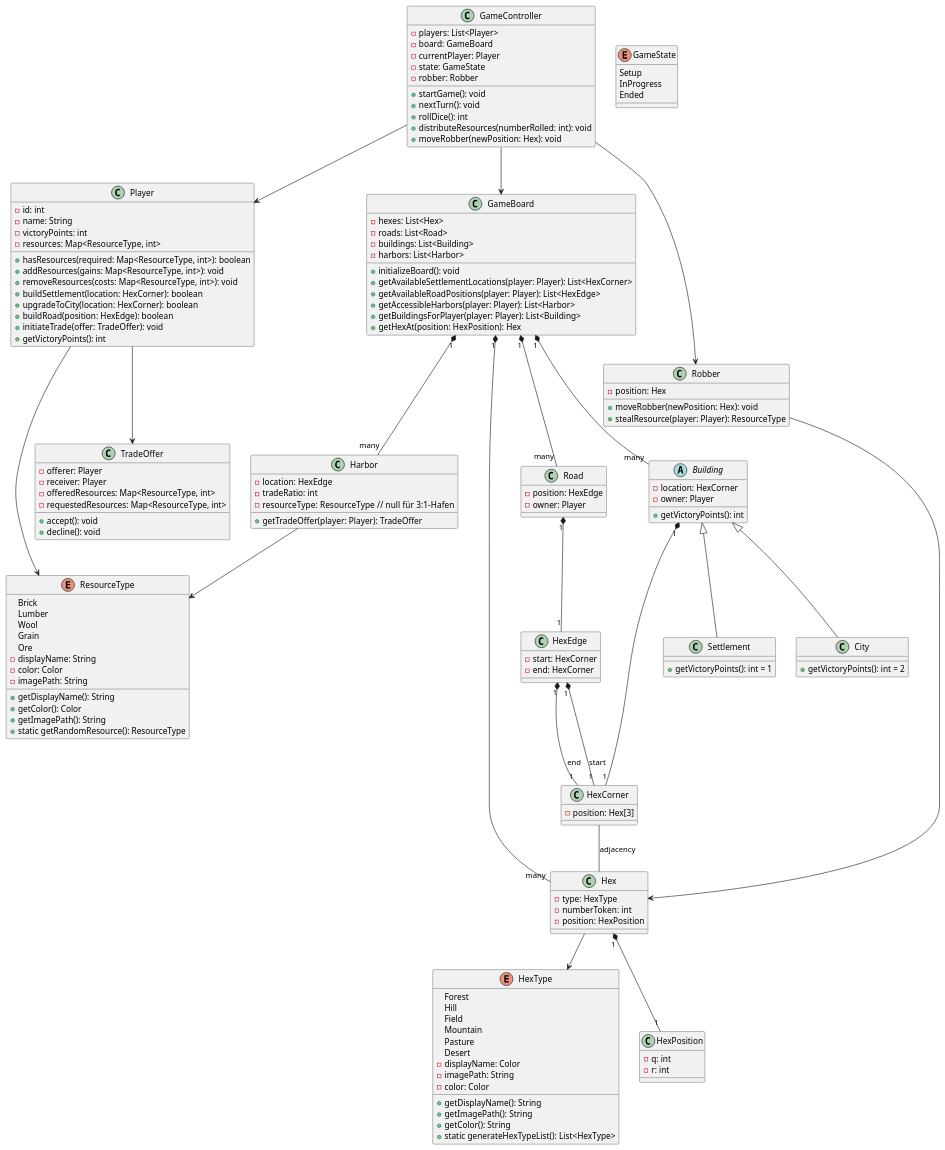
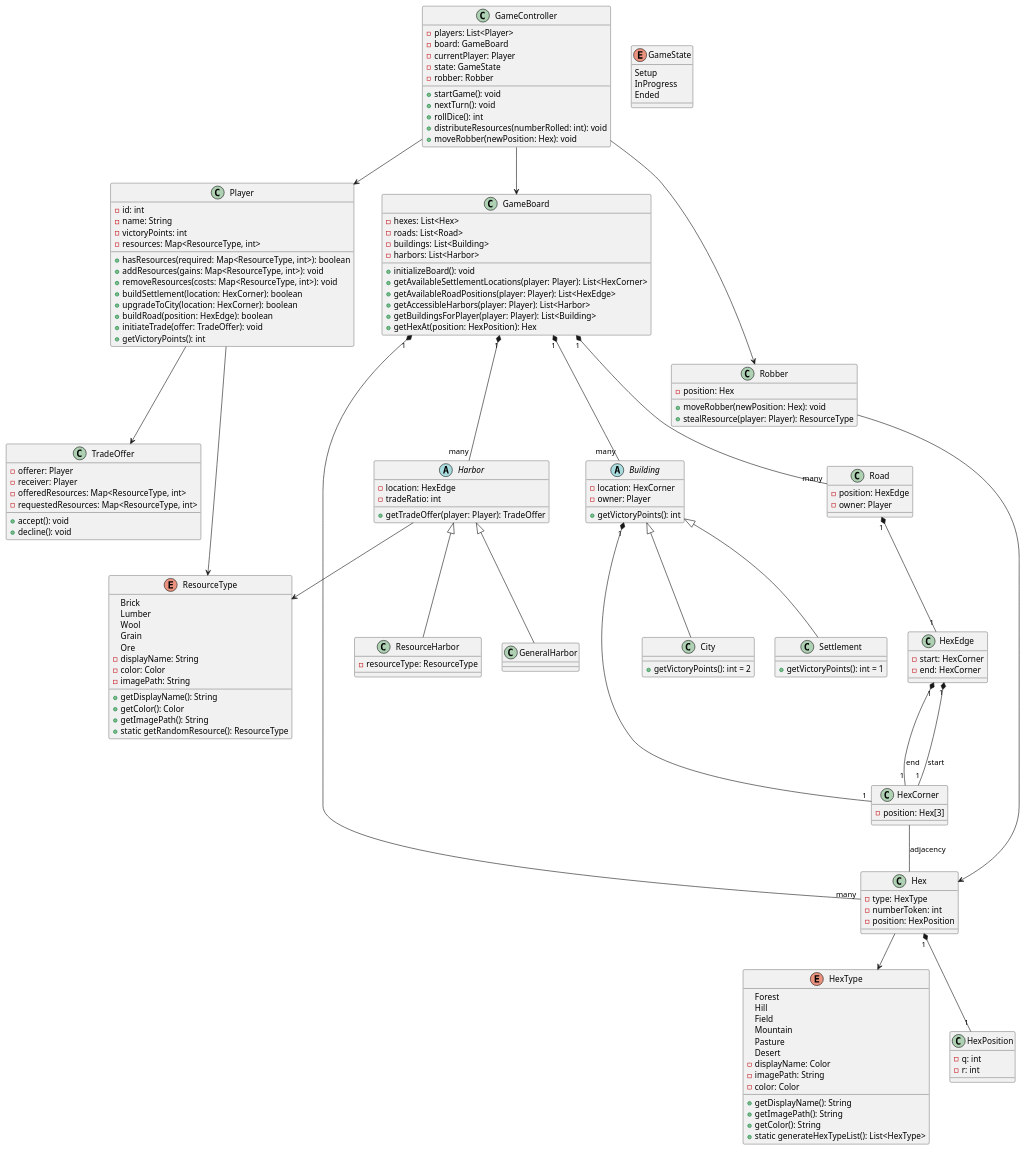
One commit to MrJonix/theSettlersOfJava changed the diagram in architecture_overview.wsd. Above: the diagram before and after it, drawn with PlantUML. The commit also changed 2 other files, not shown here.

Commit message:
change plantuml diagramm and add pulgin to pom.xml for native generation

```diff
--- a/architecture_overview.wsd
+++ b/architecture_overview.wsd
@@ -1,165 +1,170 @@
 @startuml
 
 ' Spieler-Klasse
 class Player {
   - id: int
   - name: String
   - victoryPoints: int
   - resources: Map<ResourceType, int>
   + hasResources(required: Map<ResourceType, int>): boolean
   + addResources(gains: Map<ResourceType, int>): void
   + removeResources(costs: Map<ResourceType, int>): void
   + buildSettlement(location: HexCorner): boolean
   + upgradeToCity(location: HexCorner): boolean
   + buildRoad(position: HexEdge): boolean
   + initiateTrade(offer: TradeOffer): void
   + getVictoryPoints(): int 
 }
 
 class TradeOffer {
   - offerer: Player
   - receiver: Player
   - offeredResources: Map<ResourceType, int>
   - requestedResources: Map<ResourceType, int>
   + accept(): void
   + decline(): void
 }
 
 class GameBoard {
   - hexes: List<Hex>
   - roads: List<Road>
   - buildings: List<Building>
   - harbors: List<Harbor>
   + initializeBoard(): void
   + getAvailableSettlementLocations(player: Player): List<HexCorner>
   + getAvailableRoadPositions(player: Player): List<HexEdge>
   + getAccessibleHarbors(player: Player): List<Harbor>
   + getBuildingsForPlayer(player: Player): List<Building>
   + getHexAt(position: HexPosition): Hex
 }
 
 class Hex {
   - type: HexType
   - numberToken: int
   - position: HexPosition
 }
 
 class HexEdge {
   - start: HexCorner
   - end: HexCorner
 }
 
 class Road {
   - position: HexEdge
   - owner: Player
 }
 
 abstract class Building {
   - location: HexCorner
   - owner: Player
   + getVictoryPoints(): int
 }
 
 class Settlement extends Building {
   + getVictoryPoints(): int = 1
 }
 
 class City extends Building {
   + getVictoryPoints(): int = 2
 }
 
 enum GameState {
   Setup
   InProgress
   Ended
 }
 
 class GameController {
   - players: List<Player>
   - board: GameBoard
   - currentPlayer: Player
   - state: GameState
   - robber: Robber
   + startGame(): void
   + nextTurn(): void
   + rollDice(): int
   + distributeResources(numberRolled: int): void
   + moveRobber(newPosition: Hex): void
 }
 
 enum ResourceType {
   Brick
   Lumber
   Wool
   Grain
   Ore
   - displayName: String
   - color: Color
   - imagePath: String
   + getDisplayName(): String
   + getColor(): Color
   + getImagePath(): String
   + static getRandomResource(): ResourceType
 }
 
 enum HexType {
   Forest
   Hill
   Field
   Mountain
   Pasture
   Desert
   - displayName: Color
   - imagePath: String
   - color: Color
   + getDisplayName(): String
   + getImagePath(): String
   + getColor(): String
   + static generateHexTypeList(): List<HexType>
 }
 
 class HexCorner {
   - position: Hex[3]
 }
 
 class HexPosition {
   - q: int
   - r: int
 }
 
-class Harbor {
+abstract class Harbor {
   - location: HexEdge
   - tradeRatio: int
-  - resourceType: ResourceType  // null für 3:1-Hafen
   + getTradeOffer(player: Player): TradeOffer
+}
+
+class ResourceHarbor extends Harbor {
+  - resourceType: ResourceType
+}
+class GeneralHarbor extends Harbor {
 }
 
 class Robber {
   - position: Hex
   + moveRobber(newPosition: Hex): void
   + stealResource(player: Player): ResourceType
 }
 
 ' Beziehungen mit Komposition & Assoziationen
 Harbor --> ResourceType
 Player --> ResourceType
 
 GameBoard "1" *-- "many" Hex
 GameBoard "1" *-- "many" Road
 GameBoard "1" *-- "many" Building
 GameBoard "1" *-- "many" Harbor
 Building "1" *-- "1" HexCorner
 Road "1" *-- "1" HexEdge
 HexEdge "1" *-- "1" HexCorner : start
 HexEdge "1" *-- "1" HexCorner : end
 Hex "1" *-- "1" HexPosition
 Robber --> Hex
 Hex --> HexType
 
 HexCorner -- Hex : adjacency
 GameController --> Player
 GameController --> GameBoard
 GameController --> Robber
 Player --> TradeOffer
 
 @enduml
```
